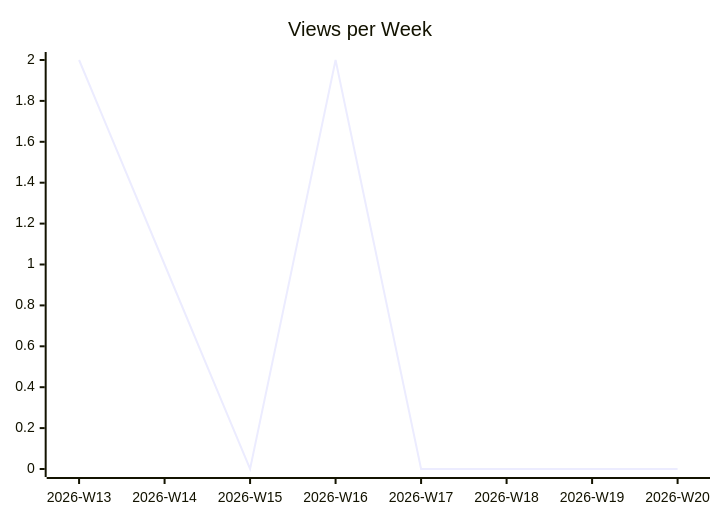
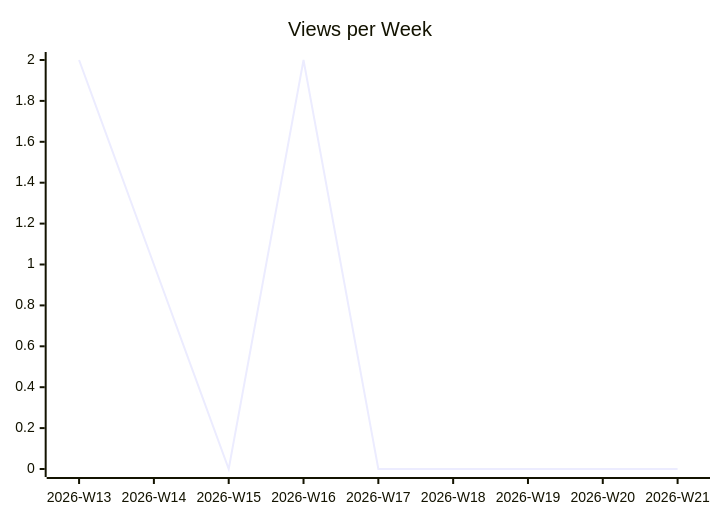
One commit to justdavis-family/github-analytics-data changed the second of 3 diagrams in karlmdavis/ansible-role-bind-dns/README.md. Above: the diagram before and after it, drawn with Mermaid. The commit also changed other lines of this file and 189 other files, not shown here.

````diff
--- a/karlmdavis/ansible-role-bind-dns/README.md
+++ b/karlmdavis/ansible-role-bind-dns/README.md
@@ -12,6 +12,6 @@
 ```mermaid
 xychart-beta
   title "Views per Week"
-  x-axis ["2026-W13", "2026-W14", "2026-W15", "2026-W16", "2026-W17", "2026-W18", "2026-W19", "2026-W20"]
-  line [2, 1, 0, 2, 0, 0, 0, 0]
+  x-axis ["2026-W13", "2026-W14", "2026-W15", "2026-W16", "2026-W17", "2026-W18", "2026-W19", "2026-W20", "2026-W21"]
+  line [2, 1, 0, 2, 0, 0, 0, 0, 0]
 ```
````
